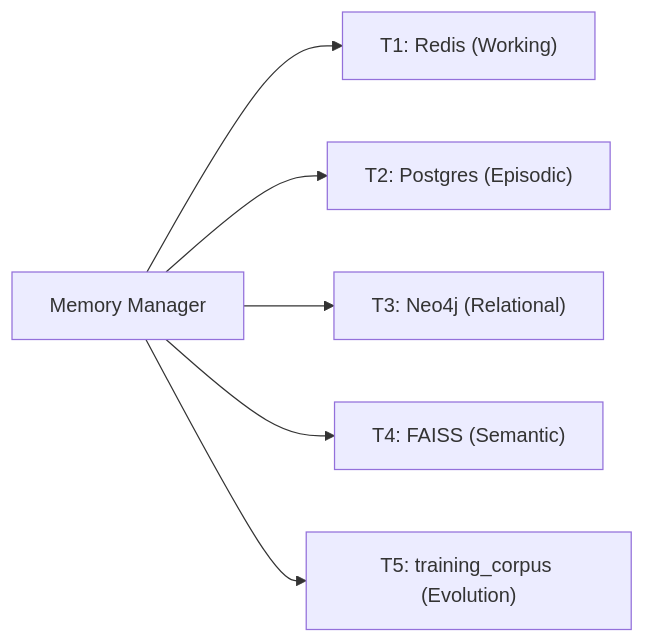
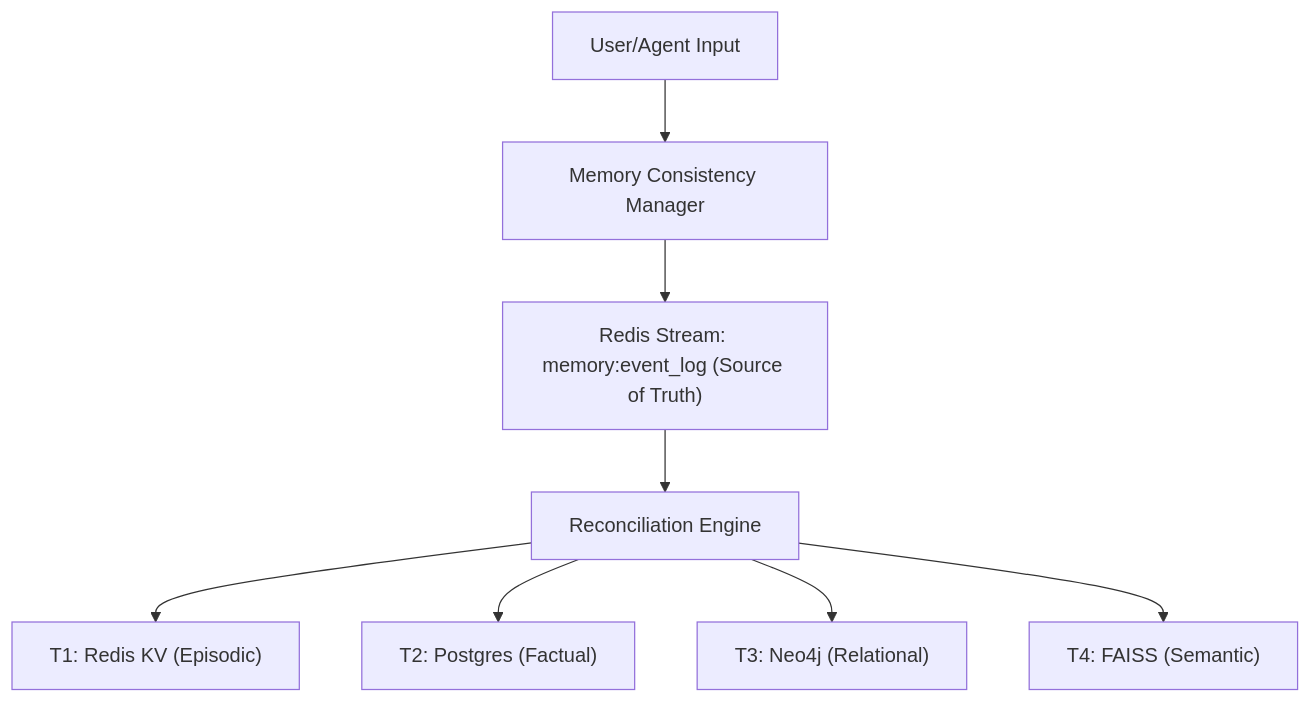
The diagram in docs/architectural_specs/04_memory_persistence.md (Blackdrg/levi-ai-innovate), drawn with Mermaid before and after one commit. The commit also changed other lines of this file and 54 other files, not shown here.

````diff
--- a/docs/architectural_specs/04_memory_persistence.md
+++ b/docs/architectural_specs/04_memory_persistence.md
@@ -10,8 +13,11 @@
 ```mermaid
-graph LR
-   MM[Memory Manager] --> T1["T1: Redis (Working)"]
-   MM --> T2["T2: Postgres (Episodic)"]
-   MM --> T3["T3: Neo4j (Relational)"]
-   MM --> T4["T4: FAISS (Semantic)"]
-   MM --> TC["T5: training_corpus (Evolution)"]
+graph TD
+    UserIn[User/Agent Input] --> MCM[Memory Consistency Manager]
+    MCM --> Stream["Redis Stream: memory:event_log (Source of Truth)"]
+    Stream --> Recon[Reconciliation Engine]
+    
+    Recon --> T1["T1: Redis KV (Episodic)"]
+    Recon --> T2["T2: Postgres (Factual)"]
+    Recon --> T3["T3: Neo4j (Relational)"]
+    Recon --> T4["T4: FAISS (Semantic)"]
 ```
````
